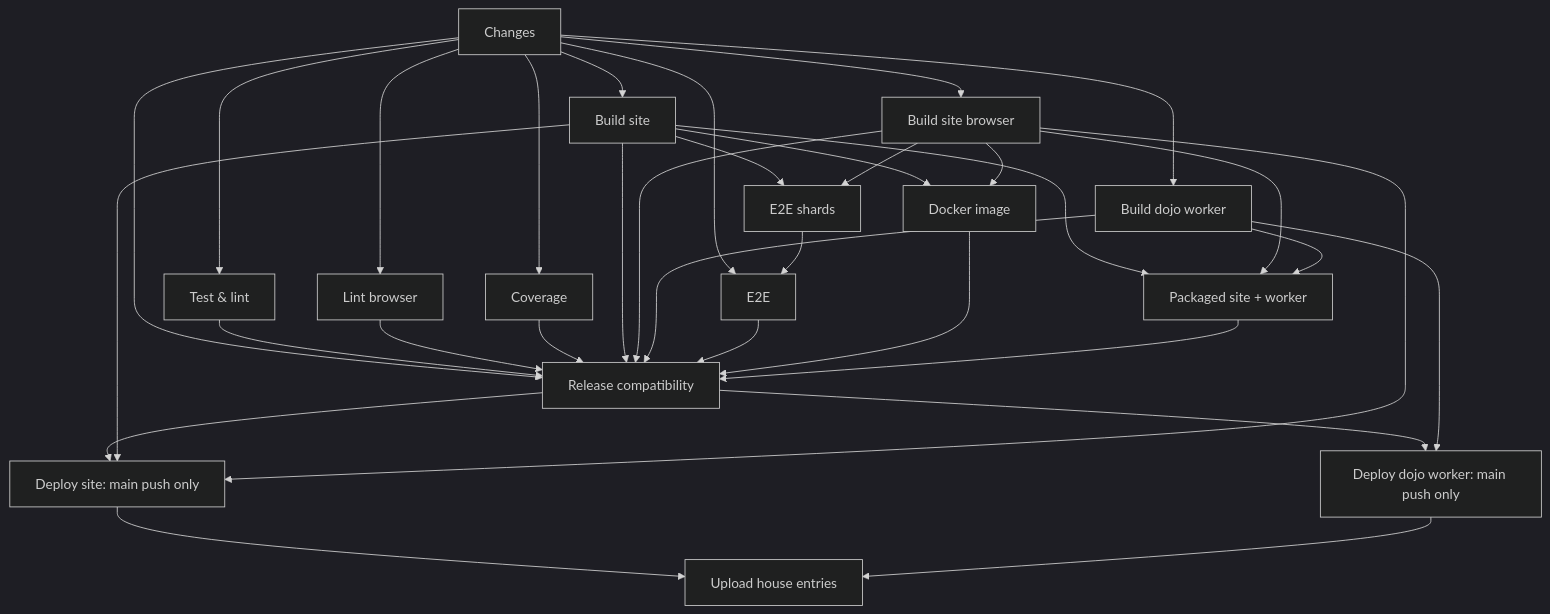
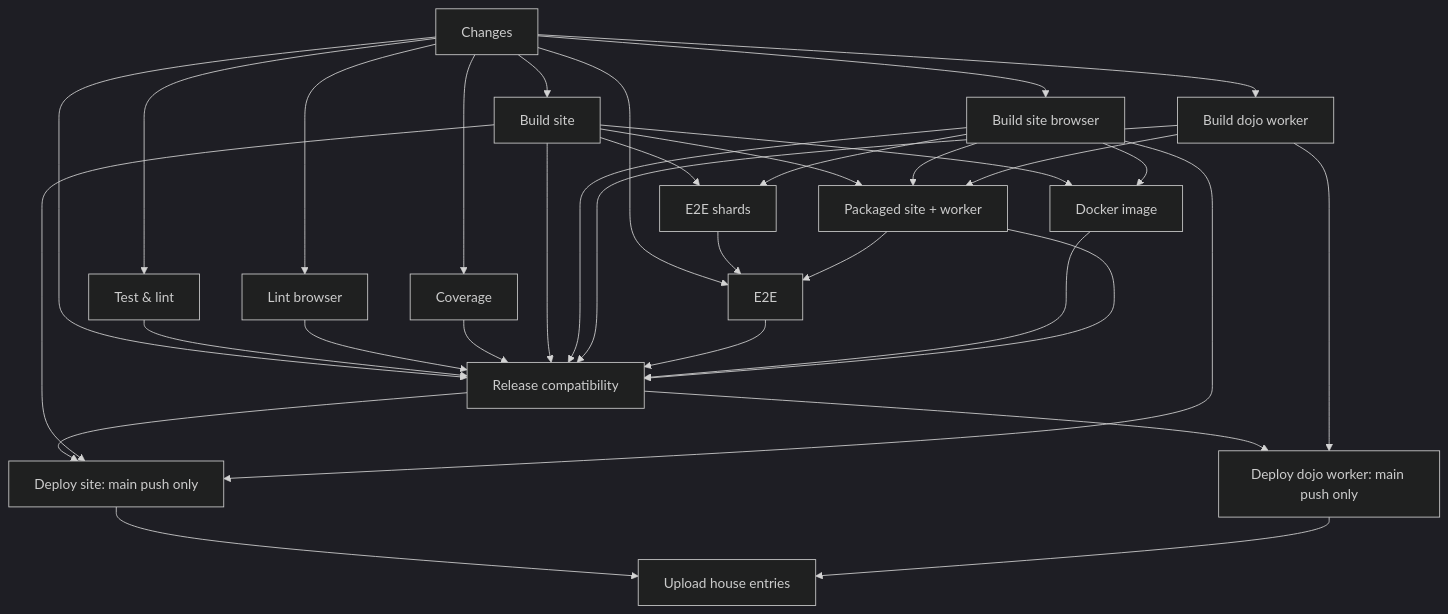
The diagram in docs/packaged-compatibility.md (NoelHuibers/Hashiwokakero), drawn with Mermaid (dark theme) before and after one commit. The commit also changed other lines of this file and 1 other file, not shown here.

Commit message:
Require packaged smoke in E2E and run website doctests

````diff
--- a/docs/packaged-compatibility.md
+++ b/docs/packaged-compatibility.md
@@ -17,35 +18,36 @@
 ```mermaid
 flowchart TD
   changes[Changes] --> test[Test & lint]
   changes --> lint[Lint browser]
   changes --> coverage[Coverage]
   changes --> server[Build site]
   changes --> browser[Build site browser]
   changes --> worker[Build dojo worker]
   server --> shards[E2E shards]
   browser --> shards
   changes --> e2e[E2E]
   shards --> e2e
+  packaged --> e2e
   server --> docker[Docker image]
   browser --> docker
   server --> packaged[Packaged site + worker]
   browser --> packaged
   worker --> packaged
   changes --> gate[Release compatibility]
   test --> gate
   lint --> gate
   coverage --> gate
   server --> gate
   browser --> gate
   worker --> gate
   e2e --> gate
   docker --> gate
   packaged --> gate
   gate --> site[Deploy site: main push only]
   gate --> dojo[Deploy dojo worker: main push only]
   server --> site
   browser --> site
   worker --> dojo
   site --> house[Upload house entries]
   dojo --> house
 ```
````
